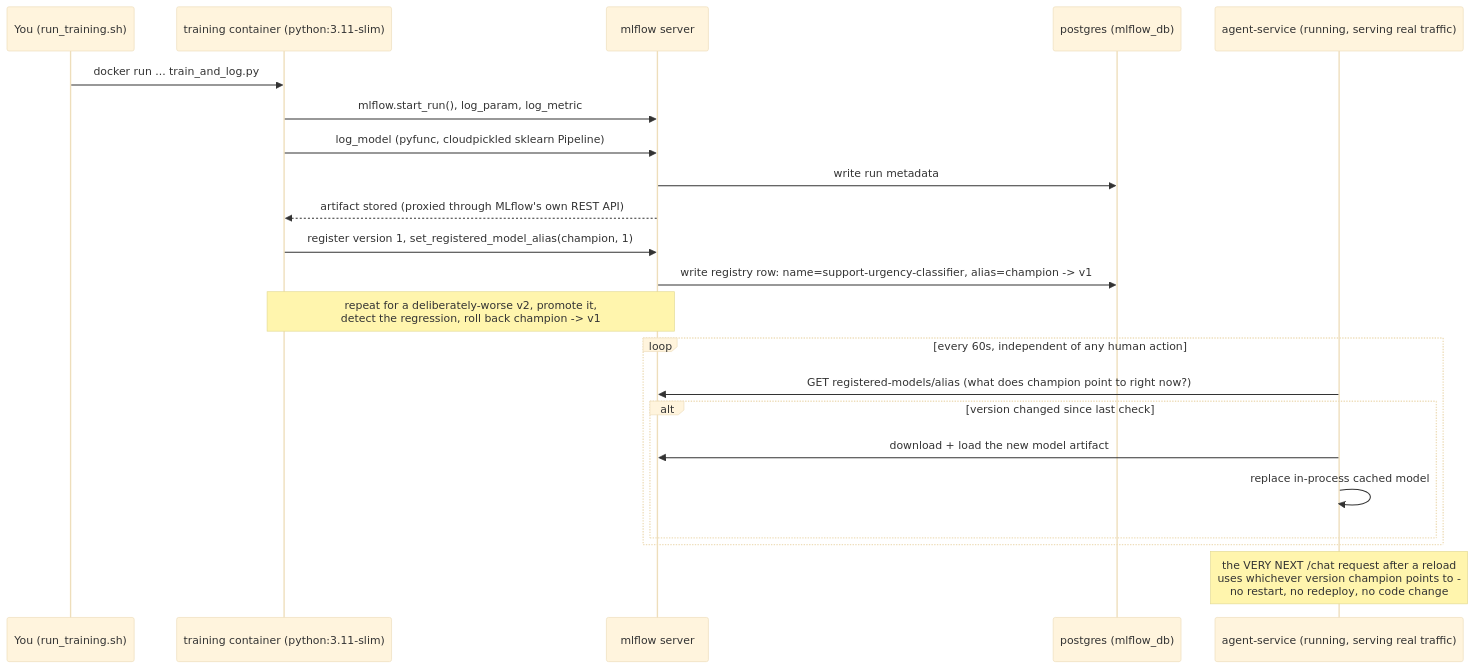
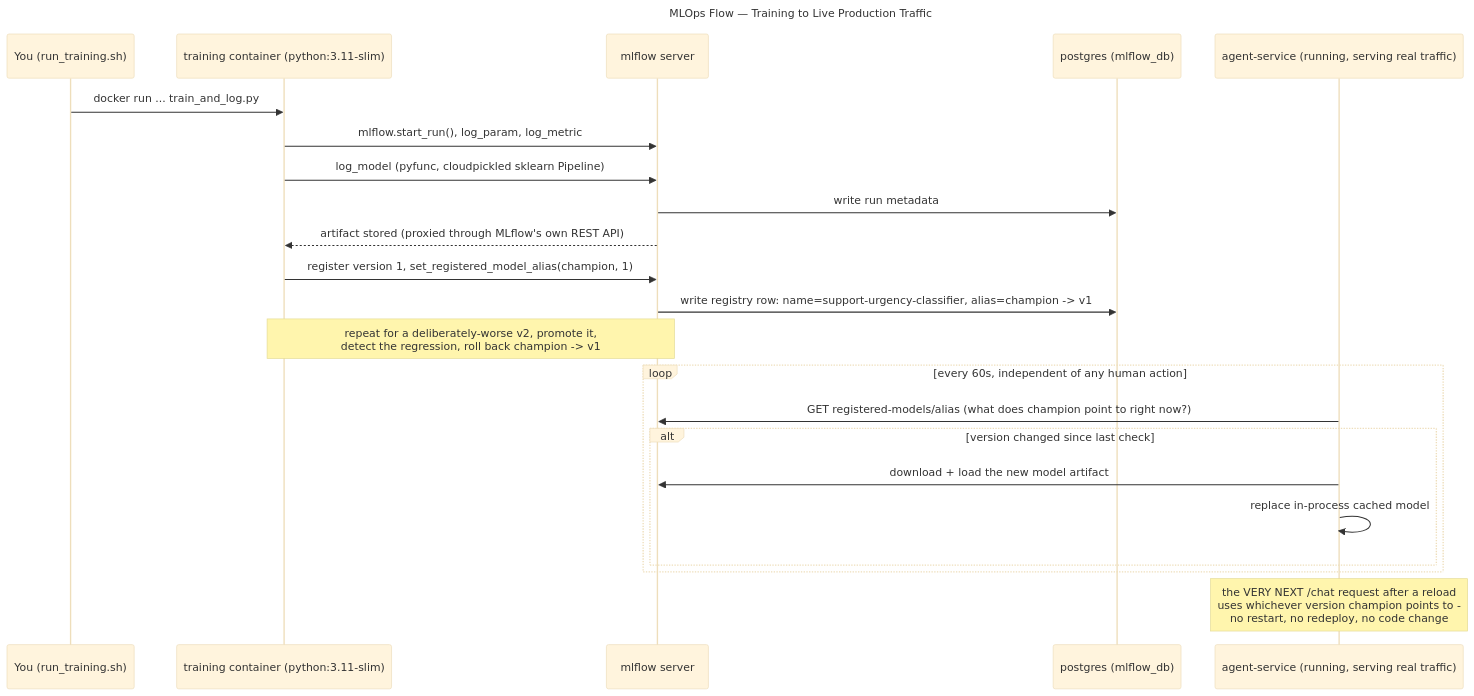
Before and after one commit to vishalrath0d/ai-ml-llm-ops: the fourth of 6 diagrams in README.md, drawn with Mermaid (base theme). The commit also changed other lines of this file and 1 other file, not shown here.

First line of the commit message:
Fold CI/CD pipeline diagram into root README; label all diagrams by Ops discipline

````diff
--- a/README.md
+++ b/README.md
@@ -274,28 +283,31 @@
 ```mermaid
+---
+title: MLOps Flow — Training to Live Production Traffic
+---
 sequenceDiagram
     participant Dev as You (run_training.sh)
     participant Train as training container (python:3.11-slim)
     participant MLflow as mlflow server
     participant PG as postgres (mlflow_db)
     participant Agent as agent-service (running, serving real traffic)
 
     Dev->>Train: docker run ... train_and_log.py
     Train->>MLflow: mlflow.start_run(), log_param, log_metric
     Train->>MLflow: log_model (pyfunc, cloudpickled sklearn Pipeline)
     MLflow->>PG: write run metadata
     MLflow-->>Train: artifact stored (proxied through MLflow's own REST API)
     Train->>MLflow: register version 1, set_registered_model_alias(champion, 1)
     MLflow->>PG: write registry row: name=support-urgency-classifier, alias=champion -> v1
 
     Note over Train,MLflow: repeat for a deliberately-worse v2, promote it,<br/>detect the regression, roll back champion -> v1
 
     loop every 60s, independent of any human action
         Agent->>MLflow: GET registered-models/alias (what does champion point to right now?)
         alt version changed since last check
             Agent->>MLflow: download + load the new model artifact
             Agent->>Agent: replace in-process cached model
         end
     end
 
     Note over Agent: the VERY NEXT /chat request after a reload<br/>uses whichever version champion points to -<br/>no restart, no redeploy, no code change
 ```
````
